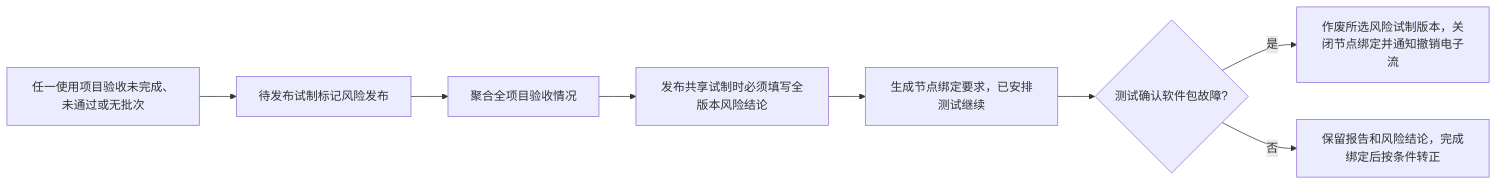
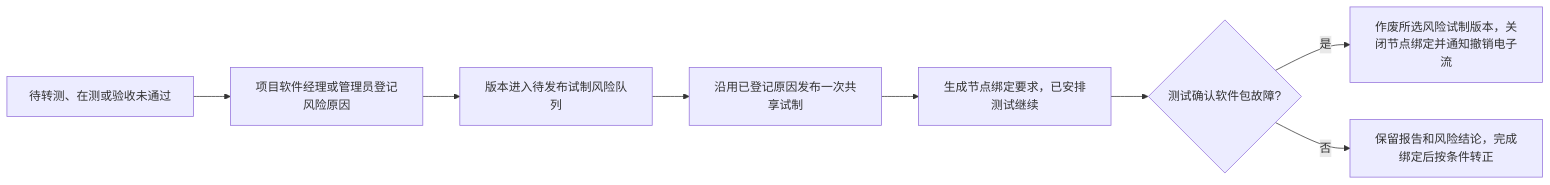
One commit to 920171519/toolkit changed the second of 3 diagrams in docs/业务逻辑与联动关系.md. Above: the diagram before and after it, drawn with Mermaid. The commit also changed other lines of this file and 25 other files, not shown here.

````diff
--- a/docs/业务逻辑与联动关系.md
+++ b/docs/业务逻辑与联动关系.md
@@ -50,10 +50,10 @@
 ```mermaid
 flowchart LR
-  A[任一使用项目验收未完成、未通过或无批次] --> B[待发布试制标记风险发布]
-  B --> C[聚合全项目验收情况]
-  C --> D[发布共享试制时必须填写全版本风险结论]
+  A[待转测、在测或验收未通过] --> B[项目软件经理或管理员登记风险原因]
+  B --> C[版本进入待发布试制风险队列]
+  C --> D[沿用已登记原因发布一次共享试制]
   D --> E[生成节点绑定要求，已安排测试继续]
   E --> F{测试确认软件包故障?}
   F -->|是| G[作废所选风险试制版本，关闭节点绑定并通知撤销电子流]
   F -->|否| H[保留报告和风险结论，完成绑定后按条件转正]
 ```
````
